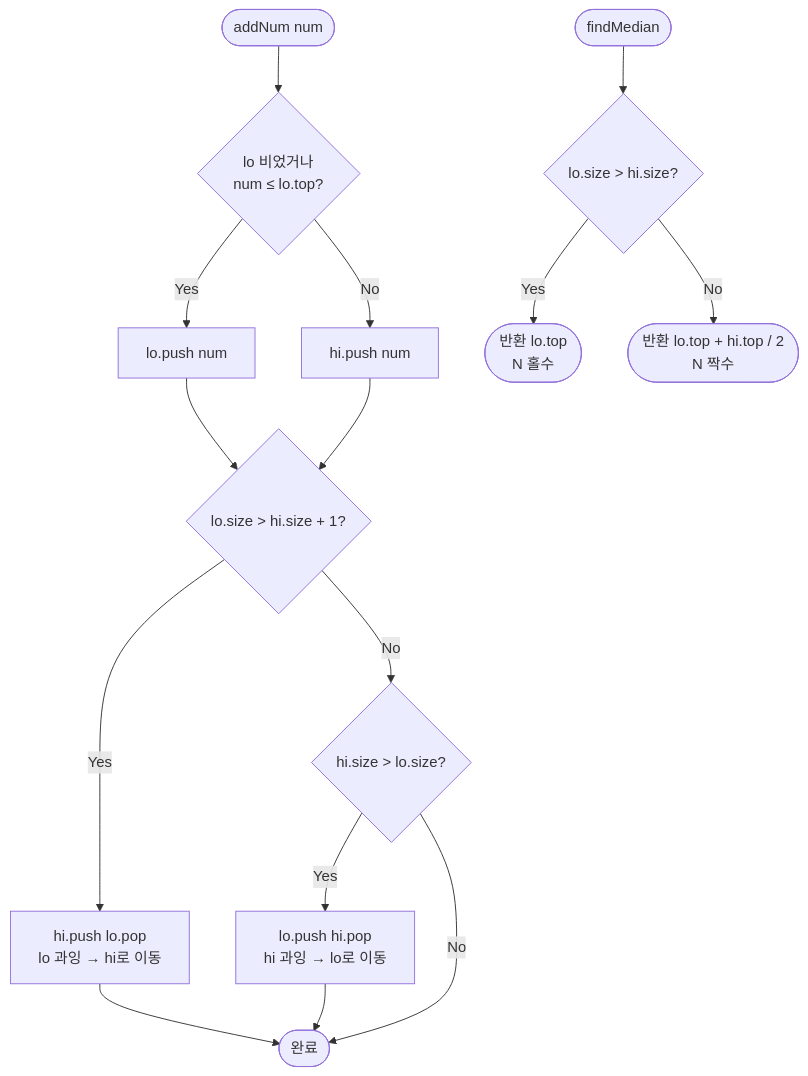
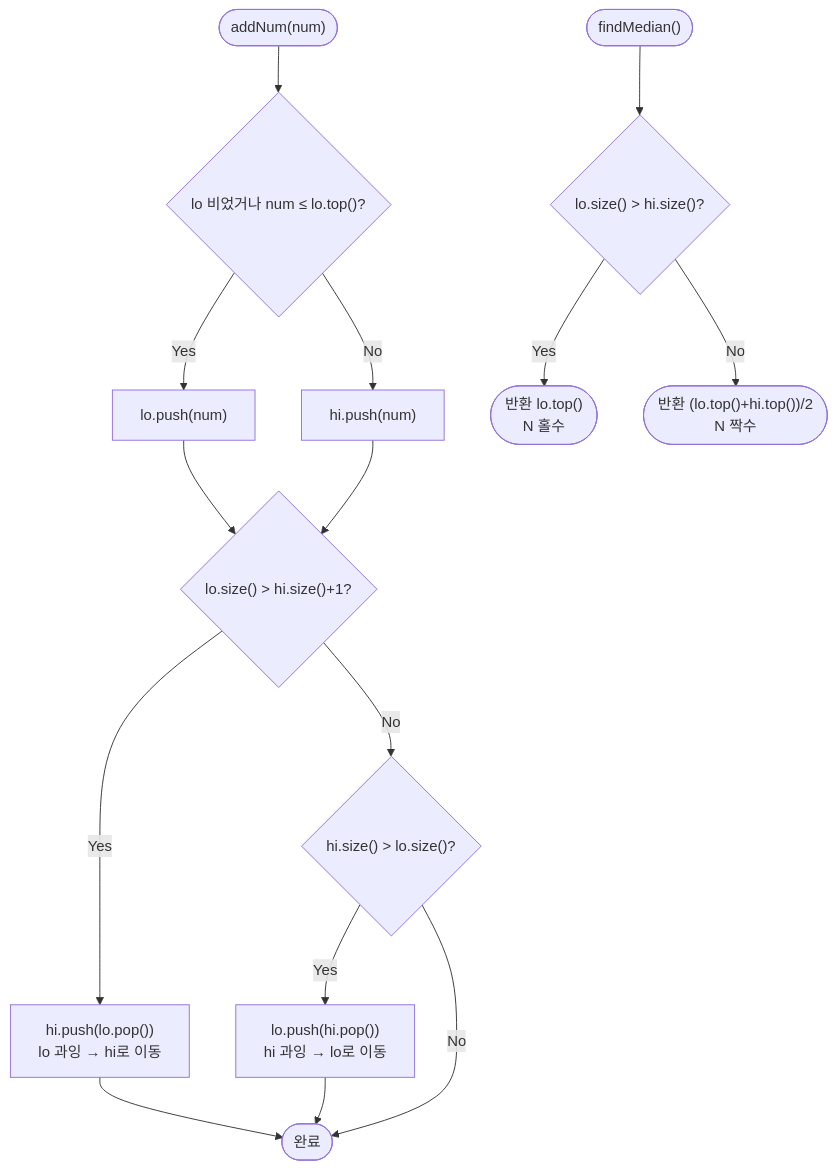
Before and after one commit to centurio1987/grow-up-programming: the diagram in src/algorithms/sorting/medianFromDataStream/medianFromDataStream-guide.mdx, drawn with Mermaid. The commit also changed other lines of this file and 24 other files, not shown here.

````diff
--- a/src/algorithms/sorting/medianFromDataStream/medianFromDataStream-guide.mdx
+++ b/src/algorithms/sorting/medianFromDataStream/medianFromDataStream-guide.mdx
@@ -277,18 +338,18 @@
 ```mermaid
 flowchart TD
-    A([addNum num]) --> B{lo 비었거나\nnum ≤ lo.top?}
-    B -- Yes --> C[lo.push num]
-    B -- No --> D[hi.push num]
-    C --> E{lo.size > hi.size + 1?}
+    A(["addNum(num)"]) --> B{"lo 비었거나 num ≤ lo.top()?"}
+    B -- Yes --> C["lo.push(num)"]
+    B -- No --> D["hi.push(num)"]
+    C --> E{"lo.size() > hi.size()+1?"}
     D --> E
-    E -- Yes --> F[hi.push lo.pop\nlo 과잉 → hi로 이동]
-    F --> G([완료])
-    E -- No --> H{hi.size > lo.size?}
-    H -- Yes --> I[lo.push hi.pop\nhi 과잉 → lo로 이동]
+    E -- Yes --> F["hi.push(lo.pop())\nlo 과잉 → hi로 이동"]
+    F --> G(["완료"])
+    E -- No --> H{"hi.size() > lo.size()?"}
+    H -- Yes --> I["lo.push(hi.pop())\nhi 과잉 → lo로 이동"]
     I --> G
     H -- No --> G
 
-    J([findMedian]) --> K{lo.size > hi.size?}
-    K -- Yes --> L([반환 lo.top\nN 홀수])
-    K -- No --> M([반환 lo.top + hi.top / 2\nN 짝수])
+    J(["findMedian()"]) --> K{"lo.size() > hi.size()?"}
+    K -- Yes --> L(["반환 lo.top()\nN 홀수"])
+    K -- No --> M(["반환 (lo.top()+hi.top())/2\nN 짝수"])
 ```
````
